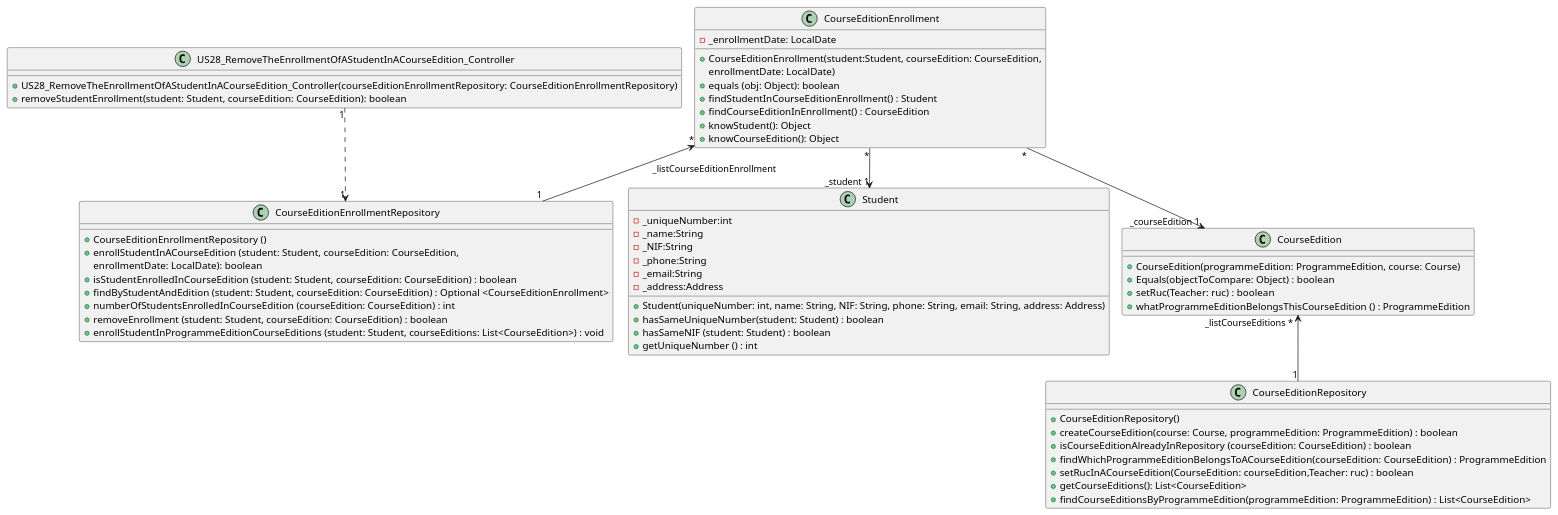
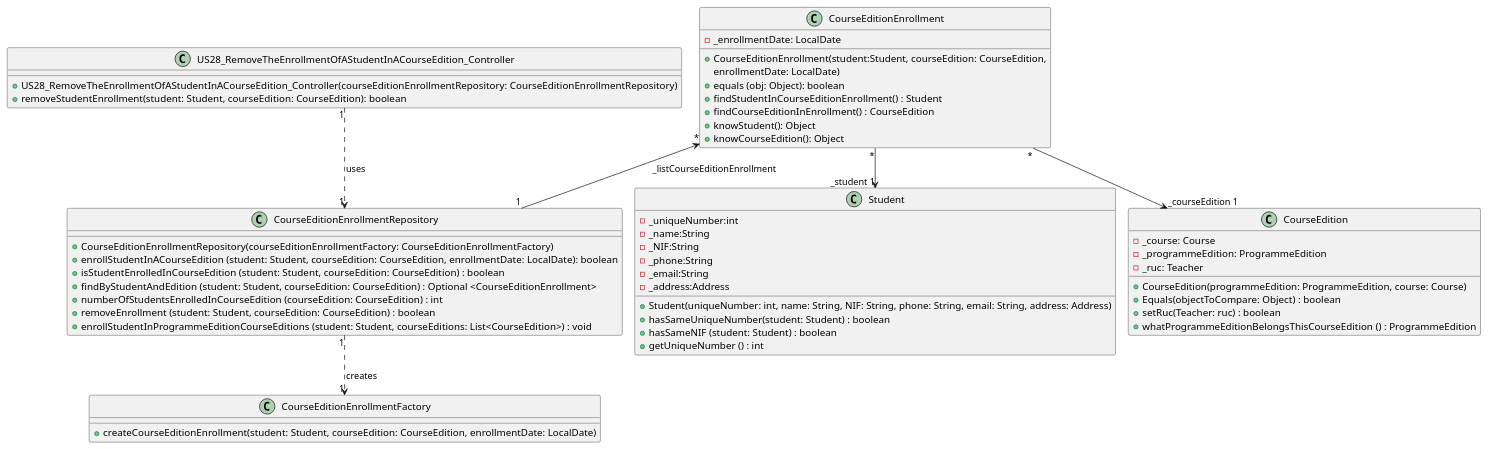
One commit to GasparISEP/DevOps-PAI changed the diagram in docs/US28/US28_RemoveTheEnrollmentOfAStudentInACourseEdition_ClassDiagram.puml. Above: the diagram before and after it, drawn with PlantUML.

Commit message:
Refactor US28_ClassDiagram: Added factory and adjusted relationships

```diff
--- a/docs/US28/US28_RemoveTheEnrollmentOfAStudentInACourseEdition_ClassDiagram.puml
+++ b/docs/US28/US28_RemoveTheEnrollmentOfAStudentInACourseEdition_ClassDiagram.puml
@@ -1,69 +1,66 @@
 @startuml
 !pragma layout smetana
 
 
 class US28_RemoveTheEnrollmentOfAStudentInACourseEdition_Controller {
     +US28_RemoveTheEnrollmentOfAStudentInACourseEdition_Controller(courseEditionEnrollmentRepository: CourseEditionEnrollmentRepository)
     +removeStudentEnrollment(student: Student, courseEdition: CourseEdition): boolean
 }
 
 class CourseEditionEnrollment {
     -_enrollmentDate: LocalDate
     +CourseEditionEnrollment(student:Student, courseEdition: CourseEdition,
      enrollmentDate: LocalDate)
     +equals (obj: Object): boolean
     +findStudentInCourseEditionEnrollment() : Student
     +findCourseEditionInEnrollment() : CourseEdition
     +knowStudent(): Object
     +knowCourseEdition(): Object
 }
 
 class CourseEditionEnrollmentRepository {
-    +CourseEditionEnrollmentRepository ()
-    +enrollStudentInACourseEdition (student: Student, courseEdition: CourseEdition,
-    enrollmentDate: LocalDate): boolean
+    +CourseEditionEnrollmentRepository(courseEditionEnrollmentFactory: CourseEditionEnrollmentFactory)
+    +enrollStudentInACourseEdition (student: Student, courseEdition: CourseEdition, enrollmentDate: LocalDate): boolean
     +isStudentEnrolledInCourseEdition (student: Student, courseEdition: CourseEdition) : boolean
     +findByStudentAndEdition (student: Student, courseEdition: CourseEdition) : Optional <CourseEditionEnrollment>
     +numberOfStudentsEnrolledInCourseEdition (courseEdition: CourseEdition) : int
     +removeEnrollment (student: Student, courseEdition: CourseEdition) : boolean
     +enrollStudentInProgrammeEditionCourseEditions (student: Student, courseEditions: List<CourseEdition>) : void
 }
 
 class Student {
     -_uniqueNumber:int
     -_name:String
     -_NIF:String
     -_phone:String
     -_email:String
     -_address:Address
     +Student(uniqueNumber: int, name: String, NIF: String, phone: String, email: String, address: Address)
     +hasSameUniqueNumber(student: Student) : boolean
     +hasSameNIF (student: Student) : boolean
     +getUniqueNumber () : int
 }
 
 class CourseEdition {
+    -_course: Course
+    -_programmeEdition: ProgrammeEdition
+    -_ruc: Teacher
     +CourseEdition(programmeEdition: ProgrammeEdition, course: Course)
     +Equals(objectToCompare: Object) : boolean
     +setRuc(Teacher: ruc) : boolean
     +whatProgrammeEditionBelongsThisCourseEdition () : ProgrammeEdition
 }
 
-class CourseEditionRepository {
-    +CourseEditionRepository()
-    +createCourseEdition(course: Course, programmeEdition: ProgrammeEdition) : boolean
-    +isCourseEditionAlreadyInRepository (courseEdition: CourseEdition) : boolean
-    +findWhichProgrammeEditionBelongsToACourseEdition(courseEdition: CourseEdition) : ProgrammeEdition
-    +setRucInACourseEdition(CourseEdition: courseEdition,Teacher: ruc) : boolean
-    +getCourseEditions(): List<CourseEdition>
-    +findCourseEditionsByProgrammeEdition(programmeEdition: ProgrammeEdition) : List<CourseEdition>
-}
+class CourseEditionEnrollmentFactory {
+    +createCourseEditionEnrollment(student: Student, courseEdition: CourseEdition, enrollmentDate: LocalDate)
+    }
 
 
 
-CourseEdition "_listCourseEditions *  " <-- "1" CourseEditionRepository
+
 CourseEditionEnrollment "*" --> "_student 1" Student
 CourseEditionEnrollment "*" --> "_courseEdition 1  " CourseEdition
 CourseEditionEnrollment "                                *" <-- "1" CourseEditionEnrollmentRepository: _listCourseEditionEnrollment
-US28_RemoveTheEnrollmentOfAStudentInACourseEdition_Controller "1"..> "1" CourseEditionEnrollmentRepository
+US28_RemoveTheEnrollmentOfAStudentInACourseEdition_Controller "1"..> "1" CourseEditionEnrollmentRepository : uses
+CourseEditionEnrollmentRepository "1" ..> "1" CourseEditionEnrollmentFactory : creates
 @enduml
```
